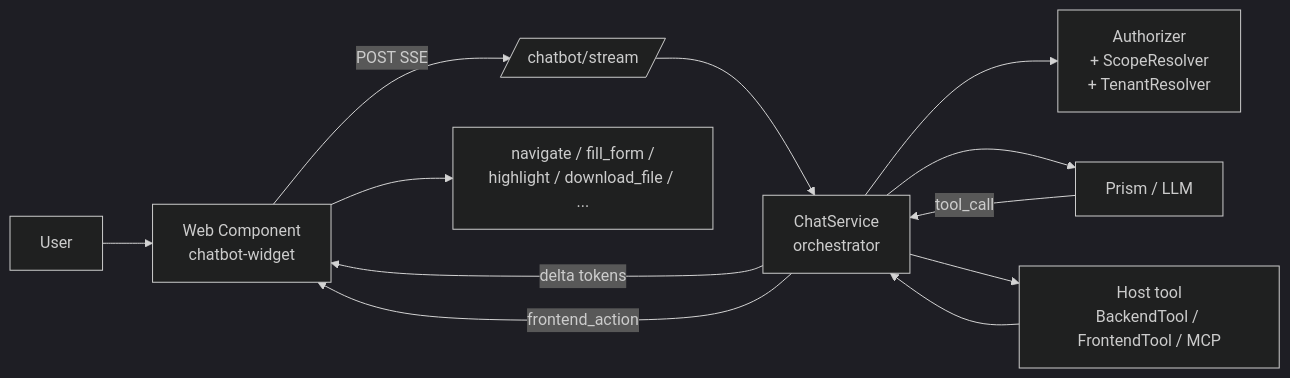
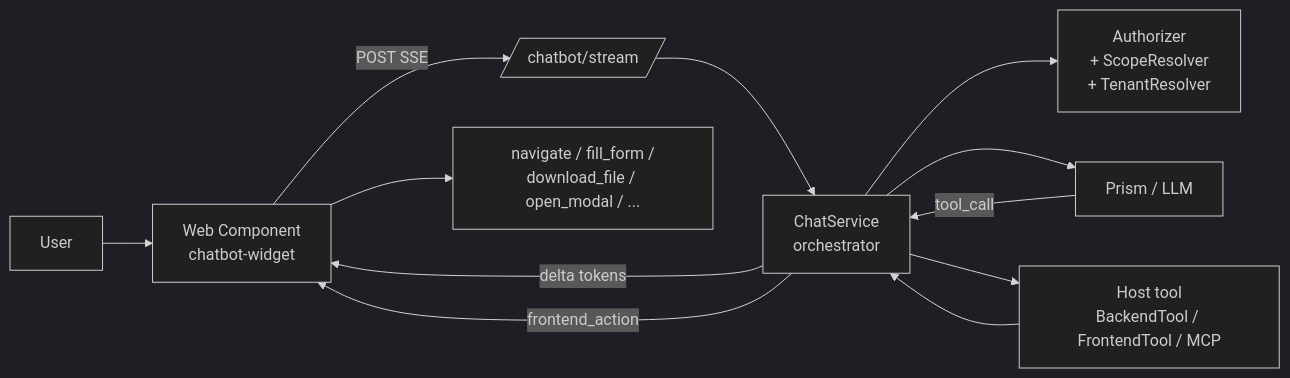
One commit to rnkr69/lara-chatbot changed the diagram in README.md. Above: the diagram before and after it, drawn with Mermaid (dark theme). The commit also changed other lines of this file and 24 other files, not shown here.

````diff
--- a/README.md
+++ b/README.md
@@ -107,14 +107,14 @@
 ```mermaid
 flowchart LR
     U[User] --> W[Web Component<br/>chatbot-widget]
     W -- POST SSE --> C[/chatbot/stream/]
     C --> S[ChatService<br/>orchestrator]
     S --> A[Authorizer<br/>+ ScopeResolver<br/>+ TenantResolver]
     S --> P[Prism / LLM]
     P -- tool_call --> S
     S --> T[Host tool<br/>BackendTool / FrontendTool / MCP]
     T --> S
     S -- delta tokens --> W
     S -- frontend_action --> W
-    W --> N[navigate / fill_form /<br/>highlight / download_file / ...]
+    W --> N[navigate / fill_form /<br/>download_file / open_modal / ...]
 ```
````
